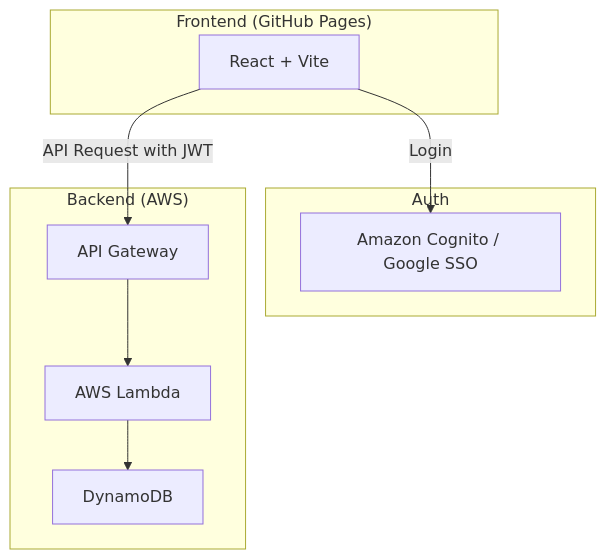
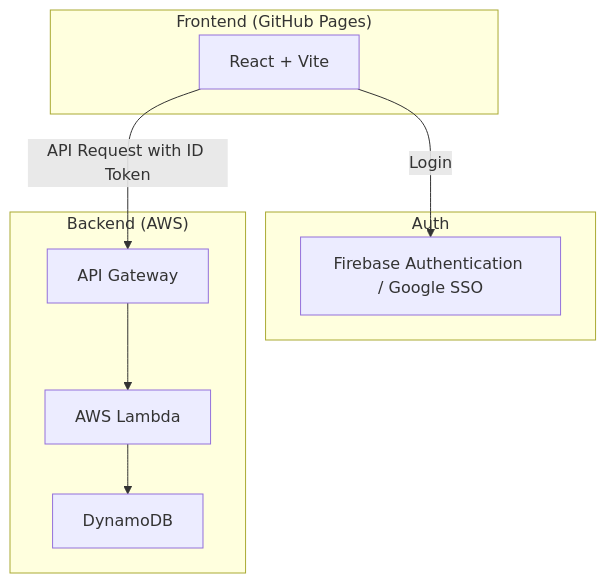
Before and after one commit to bamiyanapp/uchi-stock: the first of 2 diagrams in README.md, drawn with Mermaid. The commit also changed other lines of this file and 14 other files, not shown here.

````diff
--- a/README.md
+++ b/README.md
@@ -40,18 +40,18 @@
 ```mermaid
 graph TD
     subgraph "Frontend (GitHub Pages)"
         I[React + Vite]
     end
 
     subgraph "Auth"
-        C[Amazon Cognito / Google SSO]
+        C[Firebase Authentication / Google SSO]
     end
 
     subgraph "Backend (AWS)"
         J[API Gateway] --> K[AWS Lambda];
         K --> L[DynamoDB];
     end
 
     I -- Login --> C;
-    I -- API Request with JWT --> J;
+    I -- API Request with ID Token --> J;
 ```
````
